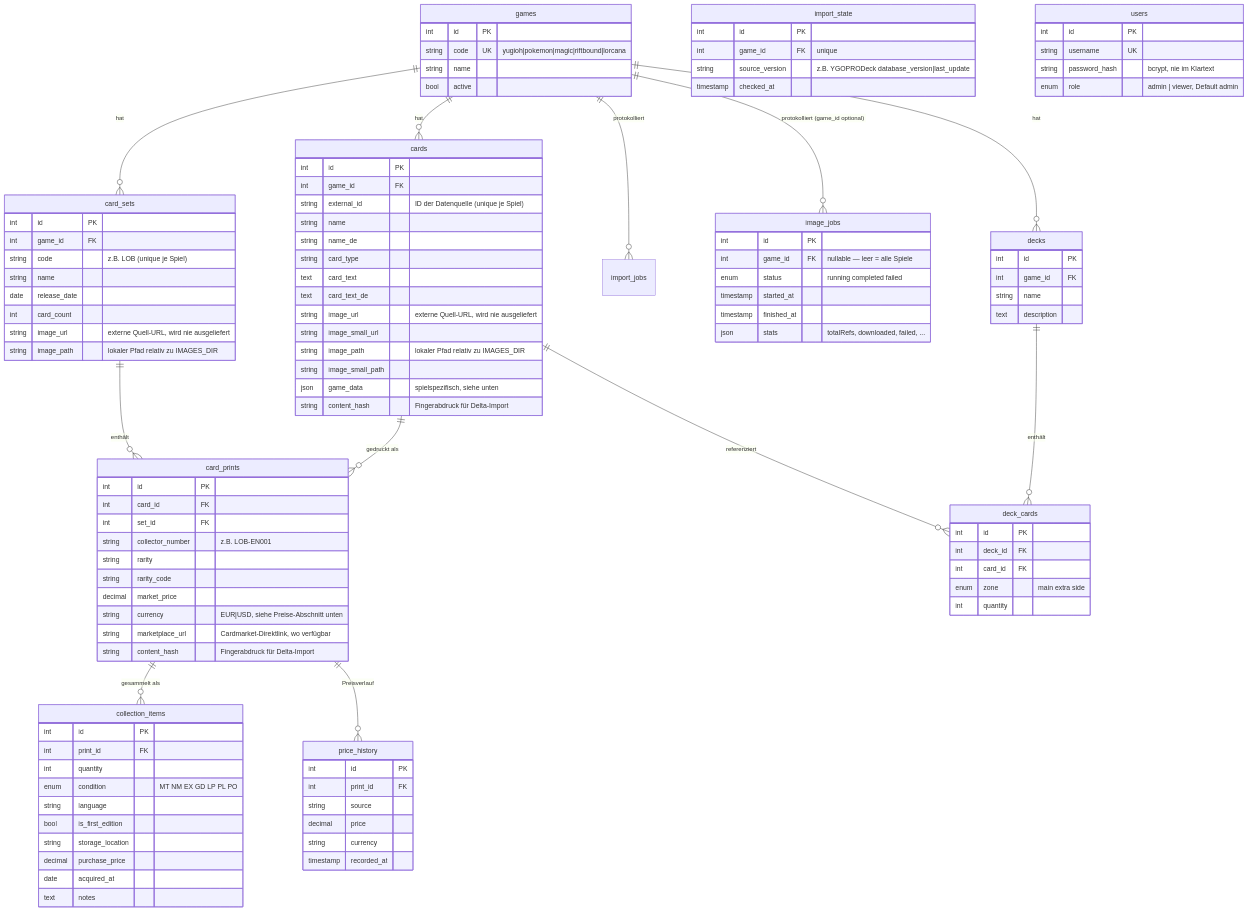
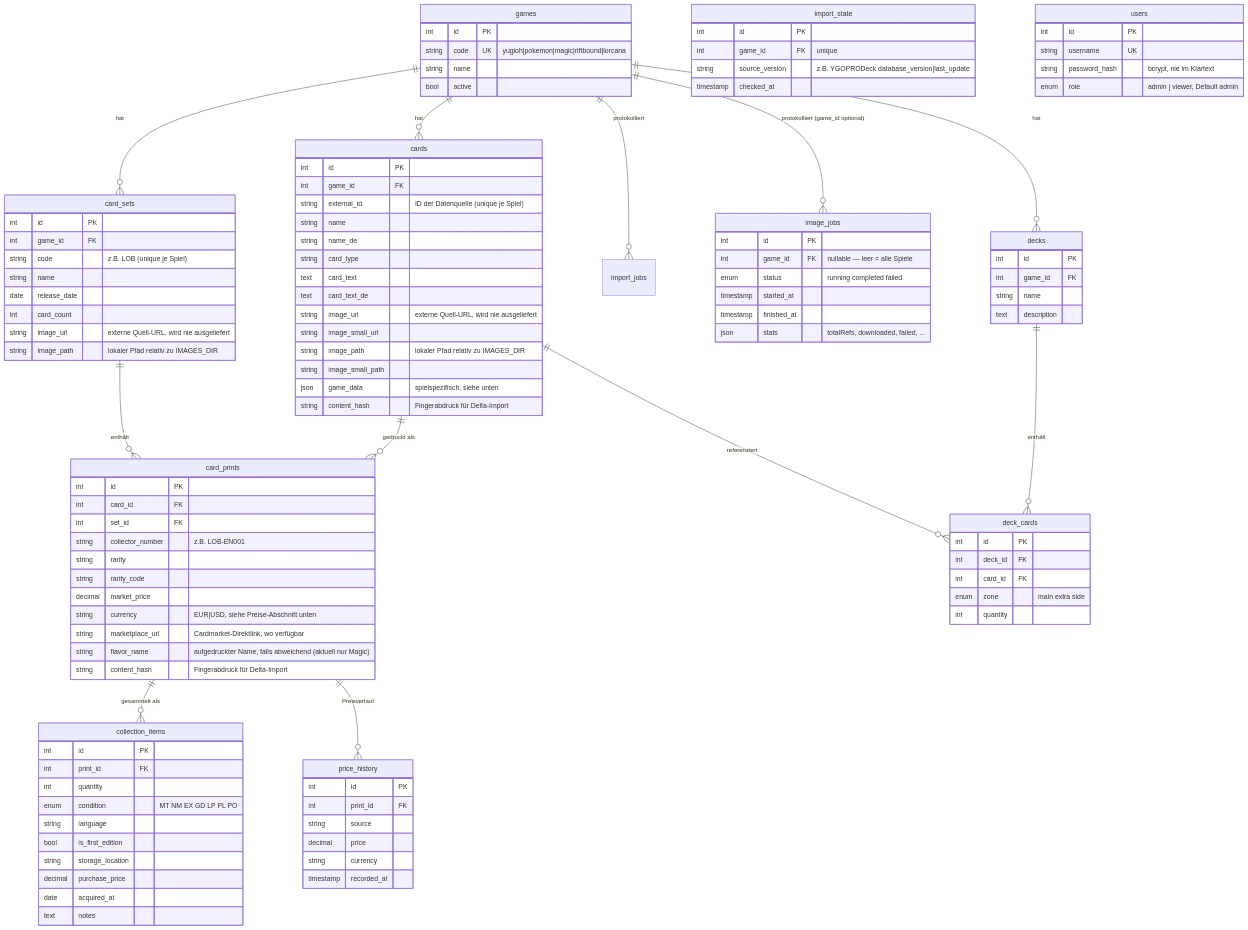
Before and after one commit to ABSoSol-public/hobby_absosol_tcgmaster: the diagram in docs/DATENBANK.md, drawn with Mermaid. The commit also changed other lines of this file and 11 other files, not shown here.

```diff
--- a/docs/DATENBANK.md
+++ b/docs/DATENBANK.md
@@ -75,6 +75,7 @@
         decimal market_price
         string currency "EUR|USD, siehe Preise-Abschnitt unten"
         string marketplace_url "Cardmarket-Direktlink, wo verfügbar"
+        string flavor_name "aufgedruckter Name, falls abweichend (aktuell nur Magic)"
         string content_hash "Fingerabdruck für Delta-Import"
     }
     collection_items {
```
